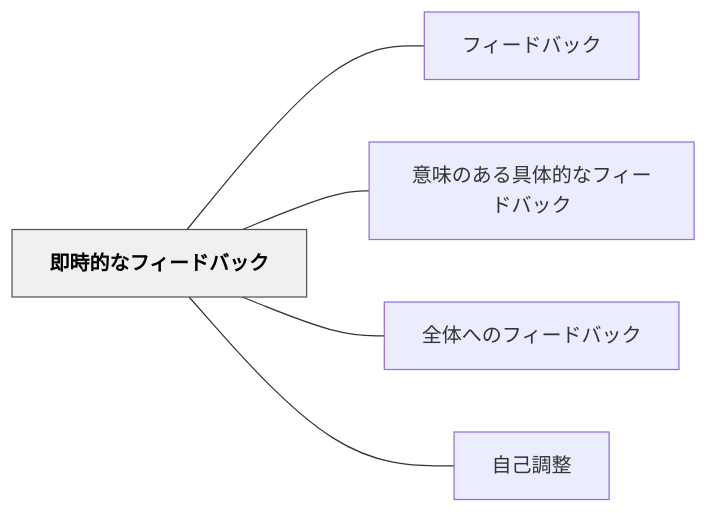
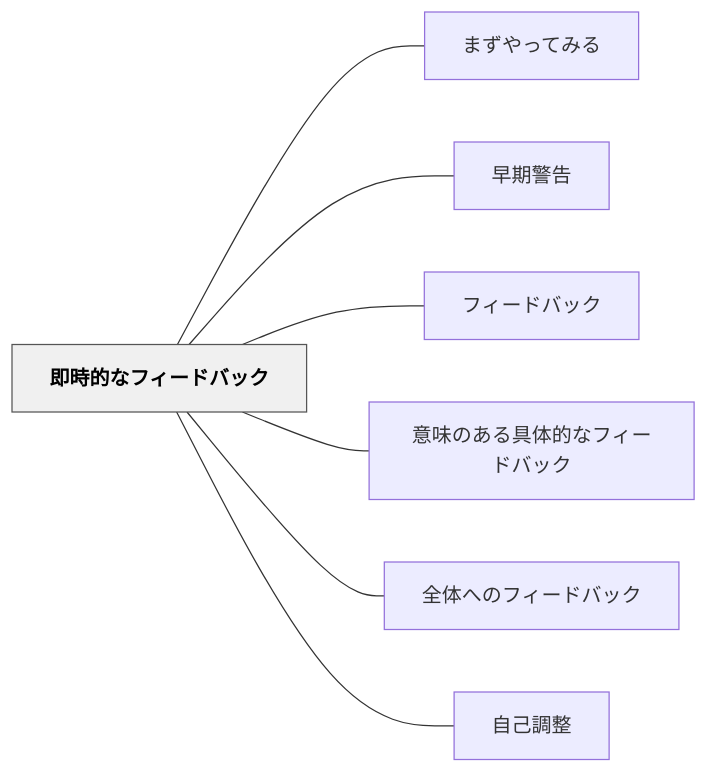
One commit to unknownthings-ed-patterns/unknownthings-ed-patterns changed the diagram in content/パタン/即時的なフィードバック.md. Above: the diagram before and after it, drawn with Mermaid. The commit also changed other lines of this file and 473 other files, not shown here.

````diff
--- a/content/パタン/即時的なフィードバック.md
+++ b/content/パタン/即時的なフィードバック.md
@@ -52,16 +54,20 @@
 ```mermaid
 flowchart LR
     ne58db3e69982["即時的なフィードバック"]
+    ne381bee3819a["まずやってみる"]
+    ne697a9e69c9f["早期警告"]
     ne38395e382a3["フィードバック"]
     ne6848fe591b3["意味のある具体的なフィードバック"]
     ne585a8e4bd93["全体へのフィードバック"]
     ne887aae5b7b1["自己調整"]
 
+    ne58db3e69982 --- ne381bee3819a
+    ne58db3e69982 --- ne697a9e69c9f
     ne58db3e69982 --- ne38395e382a3
     ne58db3e69982 --- ne6848fe591b3
     ne58db3e69982 --- ne585a8e4bd93
     ne58db3e69982 --- ne887aae5b7b1
 
     classDef hub fill:#f0f0f0,stroke:#555,color:#000,font-weight:bold
     class ne58db3e69982 hub
 ```
````
